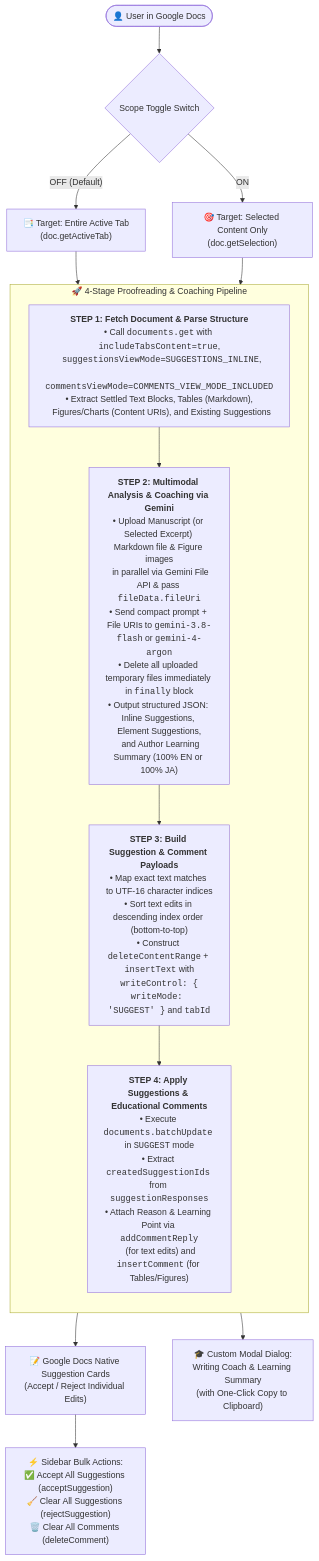
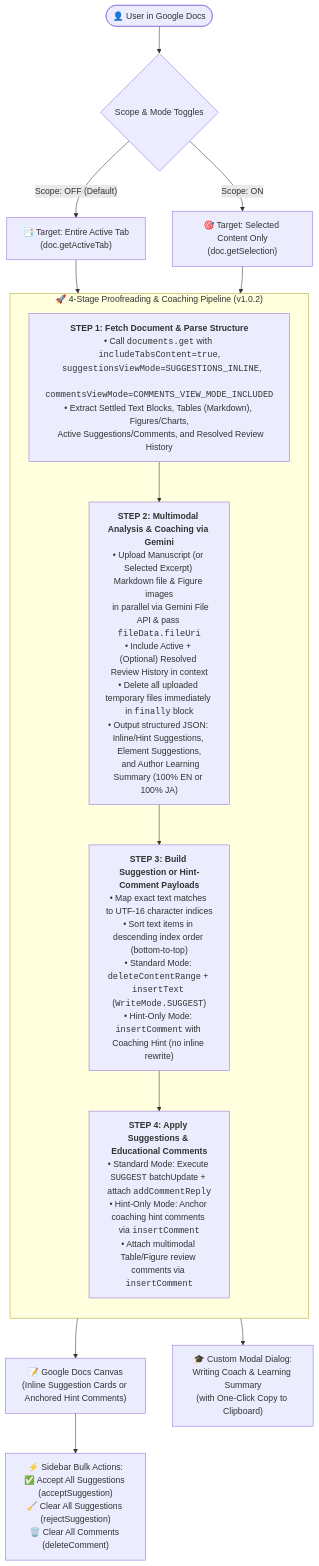
Before and after one commit to tanaikech/DocuMentorAI: the diagram in README.md, drawn with Mermaid. The commit also changed other lines of this file and 2 other files, not shown here.

Commit message:
Update to v1.0.2: Add Hint-Only Mode, Resolved Review History Extraction, and refactor codebase

````diff
--- a/README.md
+++ b/README.md
@@ -97,26 +107,26 @@
 ```mermaid
 flowchart TD
-    User(["👤 User in Google Docs"]) --> Toggle{"Scope Toggle Switch"}
-    Toggle -- "OFF (Default)" --> ScopeTab["📑 Target: Entire Active Tab<br/>(doc.getActiveTab)"]
-    Toggle -- "ON" --> ScopeSel["🎯 Target: Selected Content Only<br/>(doc.getSelection)"]
+    User(["👤 User in Google Docs"]) --> Toggle{"Scope & Mode Toggles"}
+    Toggle -- "Scope: OFF (Default)" --> ScopeTab["📑 Target: Entire Active Tab<br/>(doc.getActiveTab)"]
+    Toggle -- "Scope: ON" --> ScopeSel["🎯 Target: Selected Content Only<br/>(doc.getSelection)"]
 
     ScopeTab --> Step1
     ScopeSel --> Step1
 
-    subgraph Pipeline ["🚀 4-Stage Proofreading & Coaching Pipeline"]
+    subgraph Pipeline ["🚀 4-Stage Proofreading & Coaching Pipeline (v1.0.2)"]
         direction TB
-        Step1["<b>STEP 1: Fetch Document & Parse Structure</b><br/>• Call <code>documents.get</code> with <code>includeTabsContent=true</code>,<br/>  <code>suggestionsViewMode=SUGGESTIONS_INLINE</code>,<br/>  <code>commentsViewMode=COMMENTS_VIEW_MODE_INCLUDED</code><br/>• Extract Settled Text Blocks, Tables (Markdown),<br/>  Figures/Charts (Content URIs), and Existing Suggestions"]
+        Step1["<b>STEP 1: Fetch Document & Parse Structure</b><br/>• Call <code>documents.get</code> with <code>includeTabsContent=true</code>,<br/>  <code>suggestionsViewMode=SUGGESTIONS_INLINE</code>,<br/>  <code>commentsViewMode=COMMENTS_VIEW_MODE_INCLUDED</code><br/>• Extract Settled Text Blocks, Tables (Markdown), Figures/Charts,<br/>  Active Suggestions/Comments, and Resolved Review History"]
 
-        Step2["<b>STEP 2: Multimodal Analysis & Coaching via Gemini</b><br/>• Upload Manuscript (or Selected Excerpt) Markdown file & Figure images<br/>  in parallel via Gemini File API & pass <code>fileData.fileUri</code><br/>• Send compact prompt + File URIs to <code>gemini-3.8-flash</code> or <code>gemini-4-argon</code><br/>• Delete all uploaded temporary files immediately in <code>finally</code> block<br/>• Output structured JSON: Inline Suggestions, Element Suggestions,<br/>  and Author Learning Summary (100% EN or 100% JA)"]
+        Step2["<b>STEP 2: Multimodal Analysis & Coaching via Gemini</b><br/>• Upload Manuscript (or Selected Excerpt) Markdown file & Figure images<br/>  in parallel via Gemini File API & pass <code>fileData.fileUri</code><br/>• Include Active + (Optional) Resolved Review History in context<br/>• Delete all uploaded temporary files immediately in <code>finally</code> block<br/>• Output structured JSON: Inline/Hint Suggestions, Element Suggestions,<br/>  and Author Learning Summary (100% EN or 100% JA)"]
 
-        Step3["<b>STEP 3: Build Suggestion & Comment Payloads</b><br/>• Map exact text matches to UTF-16 character indices<br/>• Sort text edits in descending index order (bottom-to-top)<br/>• Construct <code>deleteContentRange</code> + <code>insertText</code> with<br/>  <code>writeControl: { writeMode: 'SUGGEST' }</code> and <code>tabId</code>"]
+        Step3["<b>STEP 3: Build Suggestion or Hint-Comment Payloads</b><br/>• Map exact text matches to UTF-16 character indices<br/>• Sort text items in descending index order (bottom-to-top)<br/>• Standard Mode: <code>deleteContentRange</code> + <code>insertText</code> (<code>WriteMode.SUGGEST</code>)<br/>• Hint-Only Mode: <code>insertComment</code> with Coaching Hint (no inline rewrite)"]
 
-        Step4["<b>STEP 4: Apply Suggestions & Educational Comments</b><br/>• Execute <code>documents.batchUpdate</code> in <code>SUGGEST</code> mode<br/>• Extract <code>createdSuggestionIds</code> from <code>suggestionResponses</code><br/>• Attach Reason & Learning Point via <code>addCommentReply</code><br/>  (for text edits) and <code>insertComment</code> (for Tables/Figures)"]
+        Step4["<b>STEP 4: Apply Suggestions & Educational Comments</b><br/>• Standard Mode: Execute <code>SUGGEST</code> batchUpdate + attach <code>addCommentReply</code><br/>• Hint-Only Mode: Anchor coaching hint comments via <code>insertComment</code><br/>• Attach multimodal Table/Figure review comments via <code>insertComment</code>"]
 
         Step1 --> Step2 --> Step3 --> Step4
     end
 
-    Step4 --> DocUI["📝 Google Docs Native Suggestion Cards<br/>(Accept / Reject Individual Edits)"]
+    Step4 --> DocUI["📝 Google Docs Canvas<br/>(Inline Suggestion Cards or Anchored Hint Comments)"]
     Step4 --> SummaryModal["🎓 Custom Modal Dialog:<br/>Writing Coach & Learning Summary<br/>(with One-Click Copy to Clipboard)"]
     DocUI --> BulkActions["⚡ Sidebar Bulk Actions:<br/>✅ Accept All Suggestions (acceptSuggestion)<br/>🧹 Clear All Suggestions (rejectSuggestion)<br/>🗑️ Clear All Comments (deleteComment)"]
 ```
````
